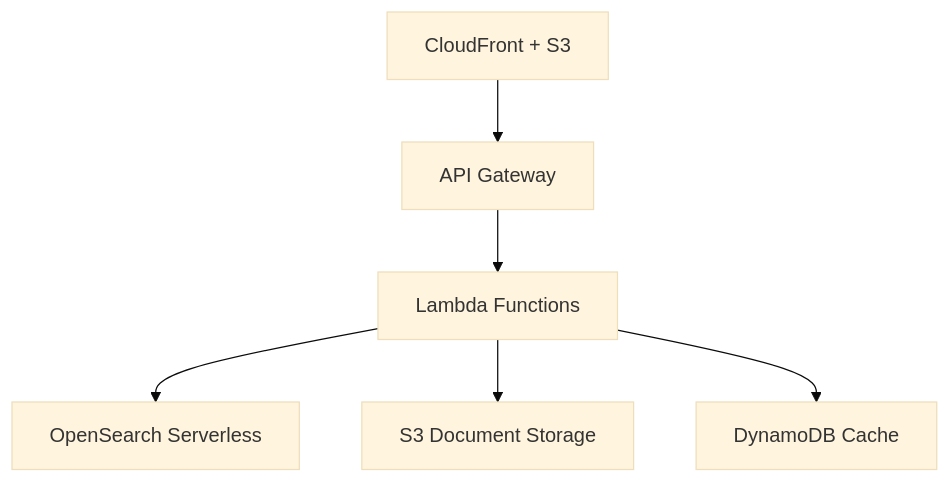
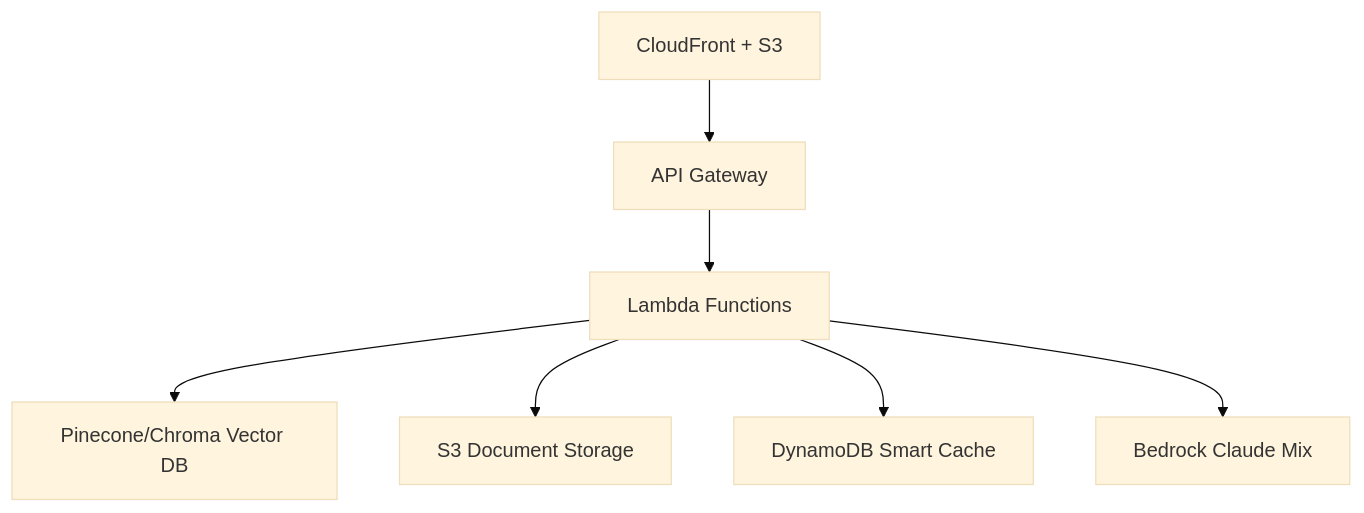
One commit to Petlaz/ai_rag_assistant changed the second of 3 diagrams in deployment/aws/AWS_DEPLOYMENT_ROADMAP.md. Above: the diagram before and after it, drawn with Mermaid (base theme). The commit also changed other lines of this file and 13 other files, not shown here.

````diff
--- a/deployment/aws/AWS_DEPLOYMENT_ROADMAP.md
+++ b/deployment/aws/AWS_DEPLOYMENT_ROADMAP.md
@@ -22,8 +51,9 @@
 ```mermaid
 graph TB
     A[CloudFront + S3] --> B[API Gateway]
     B --> C[Lambda Functions]
-    C --> D[OpenSearch Serverless]
+    C --> D[Pinecone/Chroma Vector DB]
     C --> E[S3 Document Storage]
-    C --> F[DynamoDB Cache]
+    C --> F[DynamoDB Smart Cache]
+    C --> G[Bedrock Claude Mix]
 ```
````
